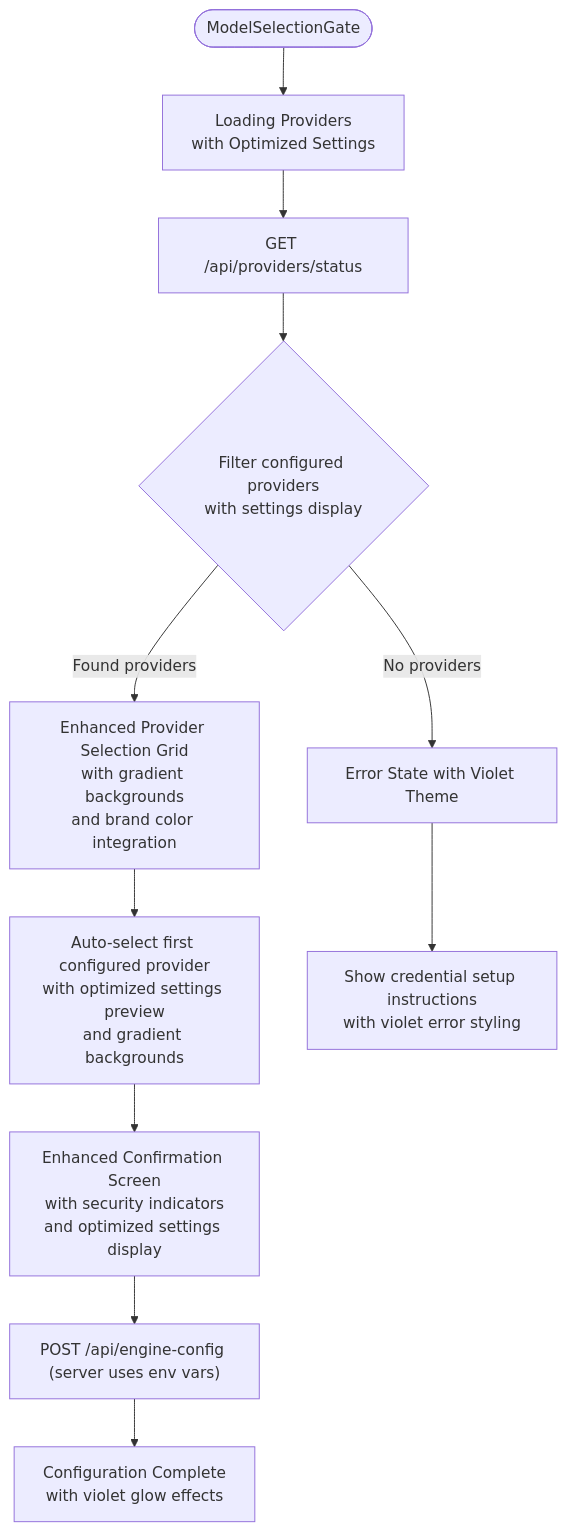
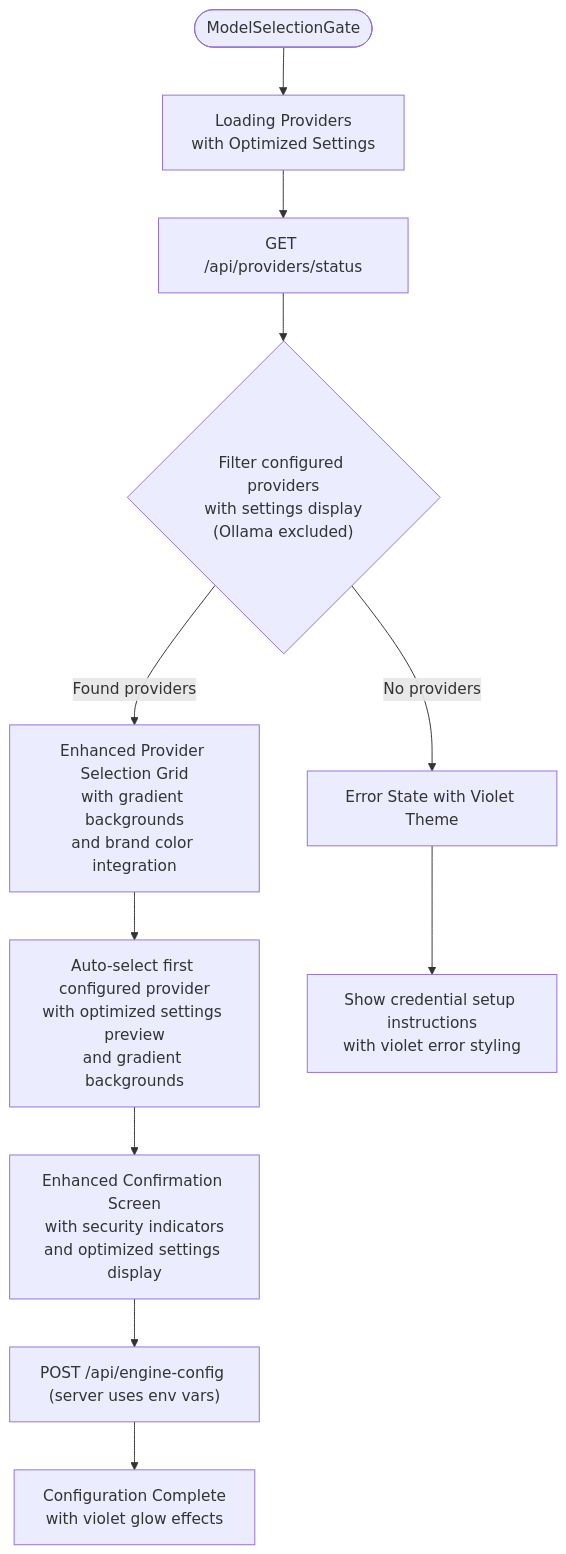
One commit to shekhargiri005-dotcom/AI-powered-accessibility-first-UI-engine changed the fourth of 13 diagrams in .qoder/repowiki/en/content/AI Generation Engine/Model Configuration & Selection/Model Configuration & Selection.md. Above: the diagram before and after it, drawn with Mermaid. The commit also changed other lines of this file and 7 other files, not shown here.

````diff
--- a/.qoder/repowiki/en/content/AI Generation Engine/Model Configuration & Selection/Model Configuration & Selection.md
+++ b/.qoder/repowiki/en/content/AI Generation Engine/Model Configuration & Selection/Model Configuration & Selection.md
@@ -294,13 +288,13 @@
 ```mermaid
 flowchart TD
 Start(["ModelSelectionGate"]) --> Step1["Loading Providers<br/>with Optimized Settings"]
 Step1 --> FetchStatus["GET /api/providers/status"]
-FetchStatus --> FilterConfigured{"Filter configured providers<br/>with settings display"}
+FetchStatus --> FilterConfigured{"Filter configured providers<br/>with settings display<br/>(Ollama excluded)"}
 FilterConfigured --> |Found providers| Step2["Enhanced Provider Selection Grid<br/>with gradient backgrounds<br/>and brand color integration"]
 FilterConfigured --> |No providers| Step4["Error State with Violet Theme"]
 Step2 --> SelectProvider["Auto-select first configured provider<br/>with optimized settings preview<br/>and gradient backgrounds"]
 SelectProvider --> Step3["Enhanced Confirmation Screen<br/>with security indicators<br/>and optimized settings display"]
 Step3 --> SaveSelection["POST /api/engine-config (server uses env vars)"]
 SaveSelection --> Complete["Configuration Complete<br/>with violet glow effects"]
 Step4 --> ErrorDisplay["Show credential setup instructions<br/>with violet error styling"]
 ```
````
